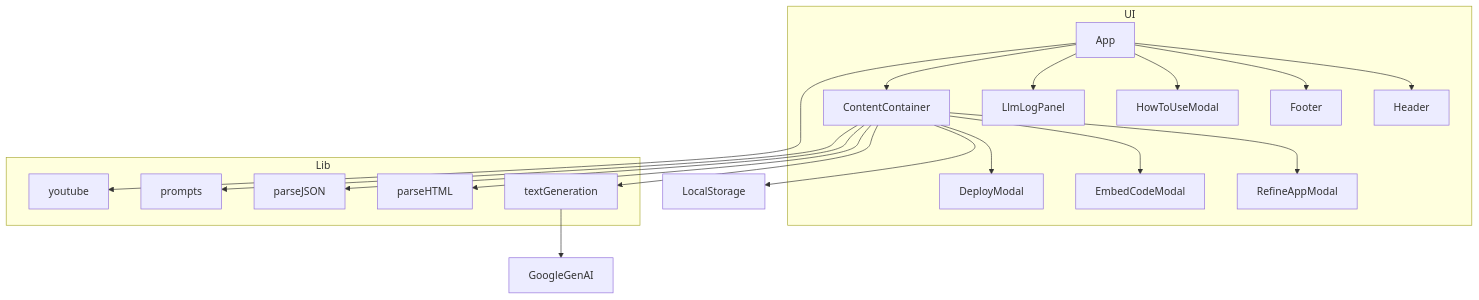
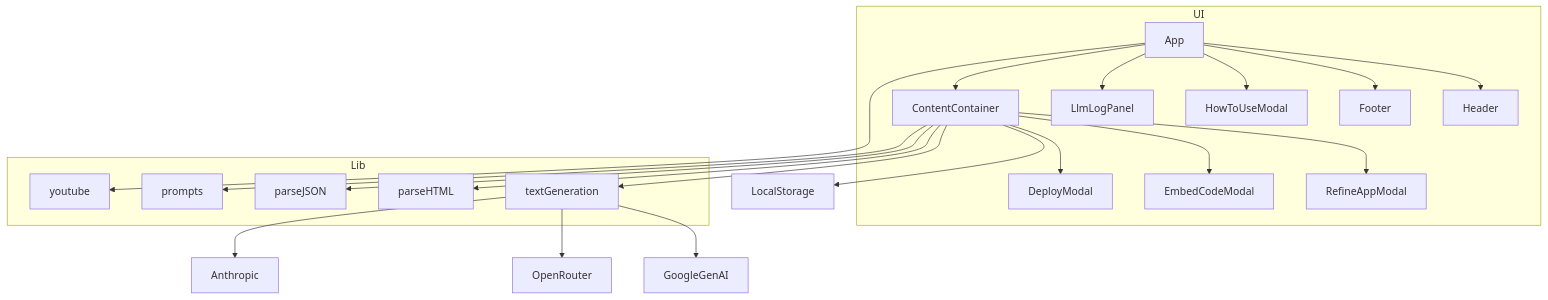
One commit to rebots-online/classify changed the diagram in docs/architecture/architecture.mmd. Above: the diagram before and after it, drawn with Mermaid. The commit also changed 4 other files, not shown here.

```diff
--- a/docs/architecture/architecture.mmd
+++ b/docs/architecture/architecture.mmd
@@ -1,35 +1,37 @@
 %% Architecture Diagram for Video to Learning App (updated to reflect no ExampleGallery component)
 flowchart TB
     subgraph UI
         App
         Header
         Footer
         HowToUseModal
         LlmLogPanel
         ContentContainer
         RefineAppModal
         EmbedCodeModal
         DeployModal
     end
     subgraph Lib
         parseJSON
         parseHTML
         textGeneration
         youtube
         prompts
     end
     App --> Header
     App --> Footer
     App --> HowToUseModal
     App --> LlmLogPanel
     App --> ContentContainer
     ContentContainer --> RefineAppModal
     ContentContainer --> EmbedCodeModal
     ContentContainer --> DeployModal
     ContentContainer --> LocalStorage
     ContentContainer --> textGeneration
     ContentContainer --> parseHTML
     ContentContainer --> parseJSON
     ContentContainer --> prompts
     textGeneration --> GoogleGenAI
+    textGeneration --> OpenRouter
+    textGeneration --> Anthropic
     App --> youtube
```
